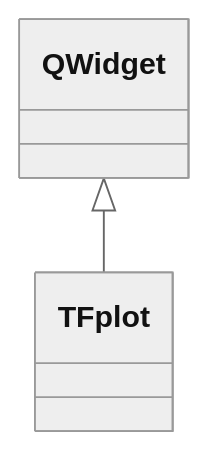
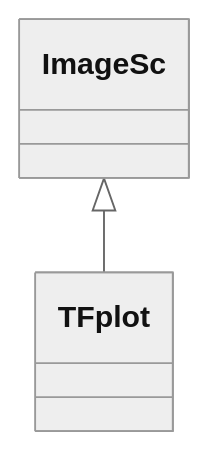
One commit to mne-tools/mne-cpp changed the diagram in doc/website/docs/api/disp/t-fplot.mdx. Above: the diagram before and after it, drawn with Mermaid (neutral theme). The commit also changed other lines of this file and 25 other files, not shown here.

````diff
--- a/doc/website/docs/api/disp/t-fplot.mdx
+++ b/doc/website/docs/api/disp/t-fplot.mdx
@@ -30,4 +30,5 @@
 ```mermaid
 classDiagram
-    QWidget <|-- TFplot
+    ImageSc <|-- TFplot
+    click ImageSc href "../../disp/image-sc/"
 ```
````
